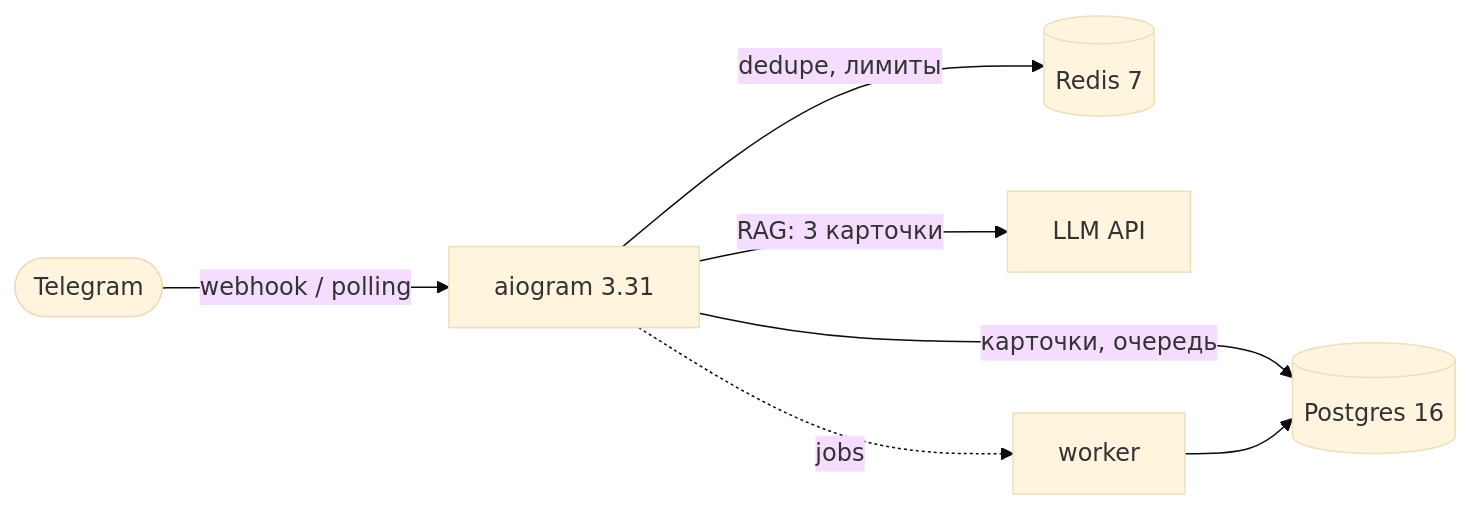
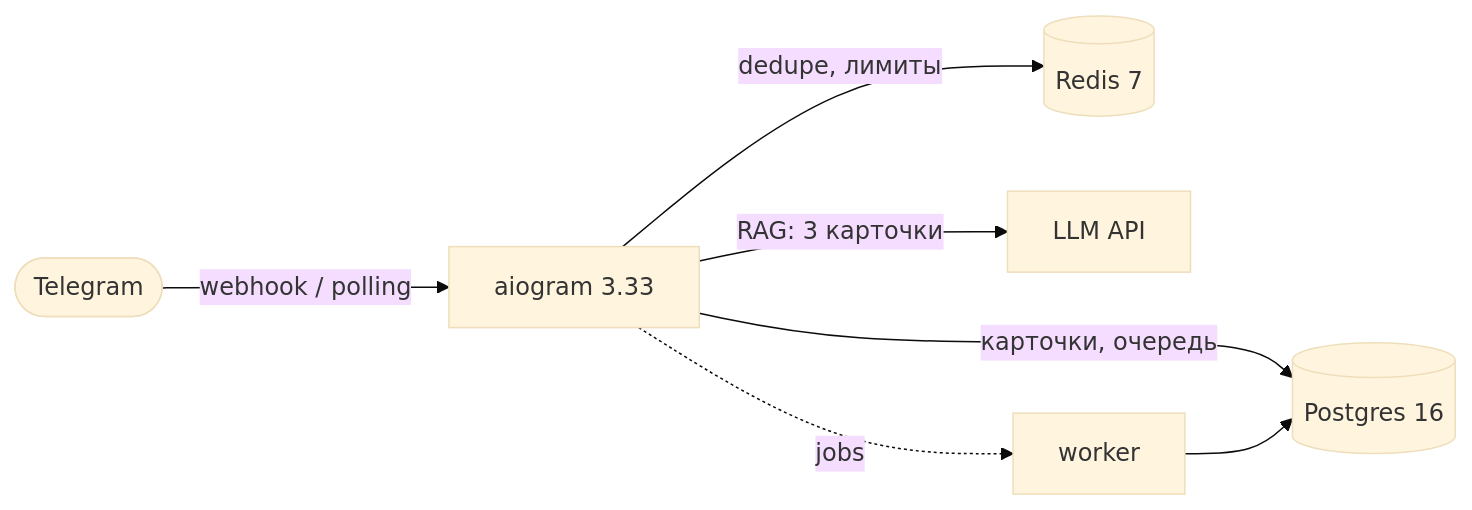
Before and after one commit to lukavtz/byte-guardian: the diagram in README.md, drawn with Mermaid (base theme). The commit also changed other lines of this file and 2 other files, not shown here.

Commit message:
docs: aiogram 3.33
- Bumped aiogram references to the pinned 3.33.0

````diff
--- a/README.md
+++ b/README.md
@@ -87,9 +87,9 @@
 ```mermaid
 flowchart LR
-  TG([Telegram]) -->|webhook / polling| BOT[aiogram 3.31]
+  TG([Telegram]) -->|webhook / polling| BOT[aiogram 3.33]
   BOT -->|карточки, очередь| PG[(Postgres 16)]
   BOT -->|dedupe, лимиты| RD[(Redis 7)]
   BOT -->|RAG: 3 карточки| LLM[LLM API]
   BOT -.->|jobs| W[worker]
   W --> PG
 ```
````
